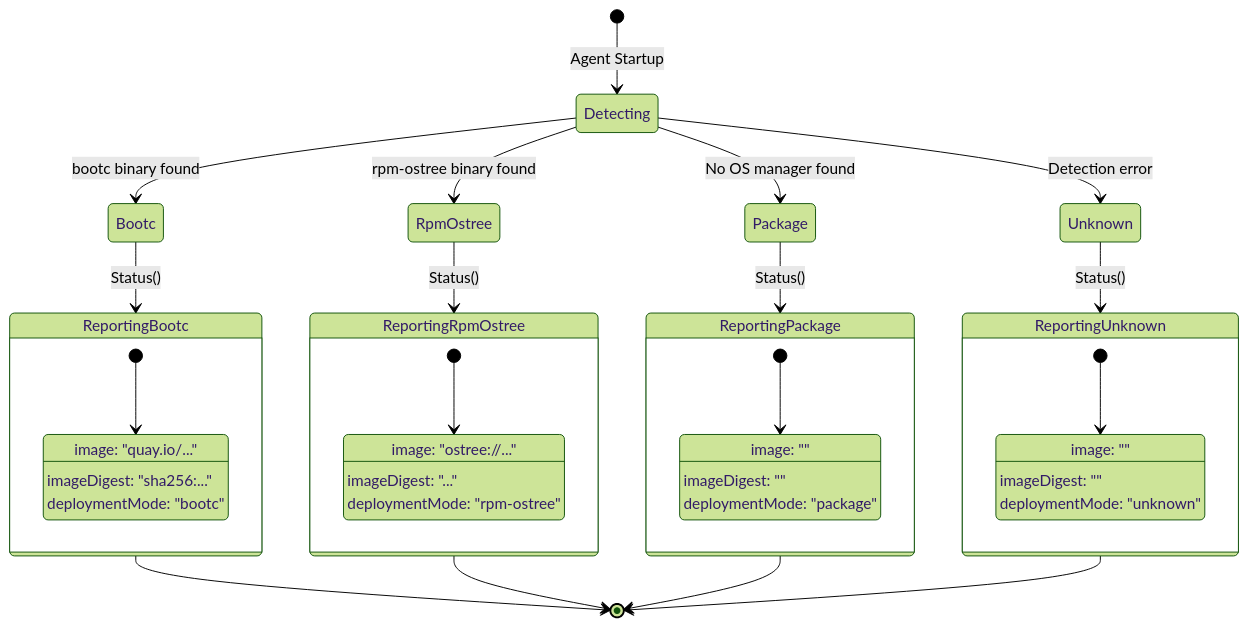
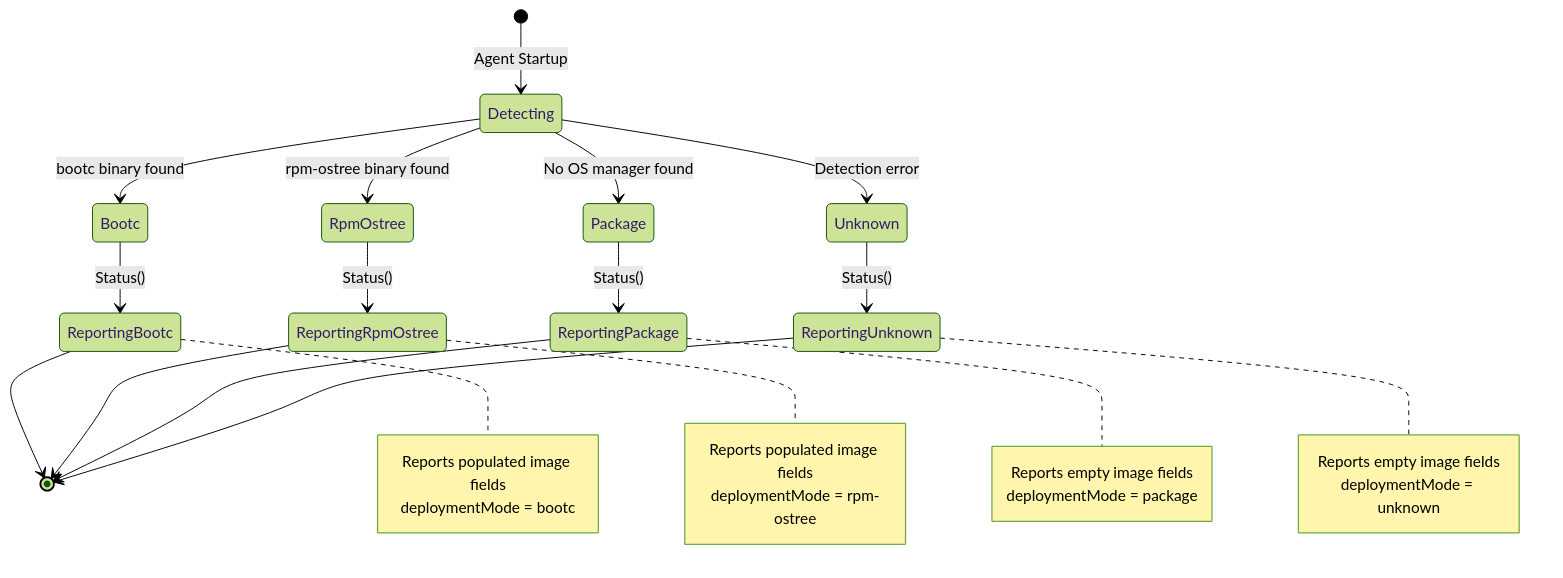
One commit to adalton/flightctl changed the third of 7 diagrams in specs/EDM-1471/plan.md. Above: the diagram before and after it, drawn with Mermaid (forest theme). The commit also changed other lines of this file, not shown here.

Commit message:
NO-ISSUE: Fix diagram syntax

````diff
--- a/specs/EDM-1471/plan.md
+++ b/specs/EDM-1471/plan.md
@@ -258,47 +261,39 @@
 ```mermaid
 stateDiagram-v2
     [*] --> Detecting: Agent Startup
 
     Detecting --> Bootc: bootc binary found
     Detecting --> RpmOstree: rpm-ostree binary found
     Detecting --> Package: No OS manager found
     Detecting --> Unknown: Detection error
 
     Bootc --> ReportingBootc: Status()
     RpmOstree --> ReportingRpmOstree: Status()
     Package --> ReportingPackage: Status()
     Unknown --> ReportingUnknown: Status()
 
-    state ReportingBootc {
-        [*] --> ImagePopulated
-        ImagePopulated: image: "quay.io/..."
-        ImagePopulated: imageDigest: "sha256:..."
-        ImagePopulated: deploymentMode: "bootc"
-    }
-
-    state ReportingRpmOstree {
-        [*] --> ImagePopulated2
-        ImagePopulated2: image: "ostree://..."
-        ImagePopulated2: imageDigest: "..."
-        ImagePopulated2: deploymentMode: "rpm-ostree"
-    }
-
-    state ReportingPackage {
-        [*] --> ImageEmpty
-        ImageEmpty: image: ""
-        ImageEmpty: imageDigest: ""
-        ImageEmpty: deploymentMode: "package"
-    }
-
-    state ReportingUnknown {
-        [*] --> ImageEmpty2
-        ImageEmpty2: image: ""
-        ImageEmpty2: imageDigest: ""
-        ImageEmpty2: deploymentMode: "unknown"
-    }
-
     ReportingBootc --> [*]
     ReportingRpmOstree --> [*]
     ReportingPackage --> [*]
     ReportingUnknown --> [*]
+
+    note right of ReportingBootc
+        Reports populated image fields
+        deploymentMode = bootc
+    end note
+
+    note right of ReportingRpmOstree
+        Reports populated image fields
+        deploymentMode = rpm-ostree
+    end note
+
+    note right of ReportingPackage
+        Reports empty image fields
+        deploymentMode = package
+    end note
+
+    note right of ReportingUnknown
+        Reports empty image fields
+        deploymentMode = unknown
+    end note
 ```
````
